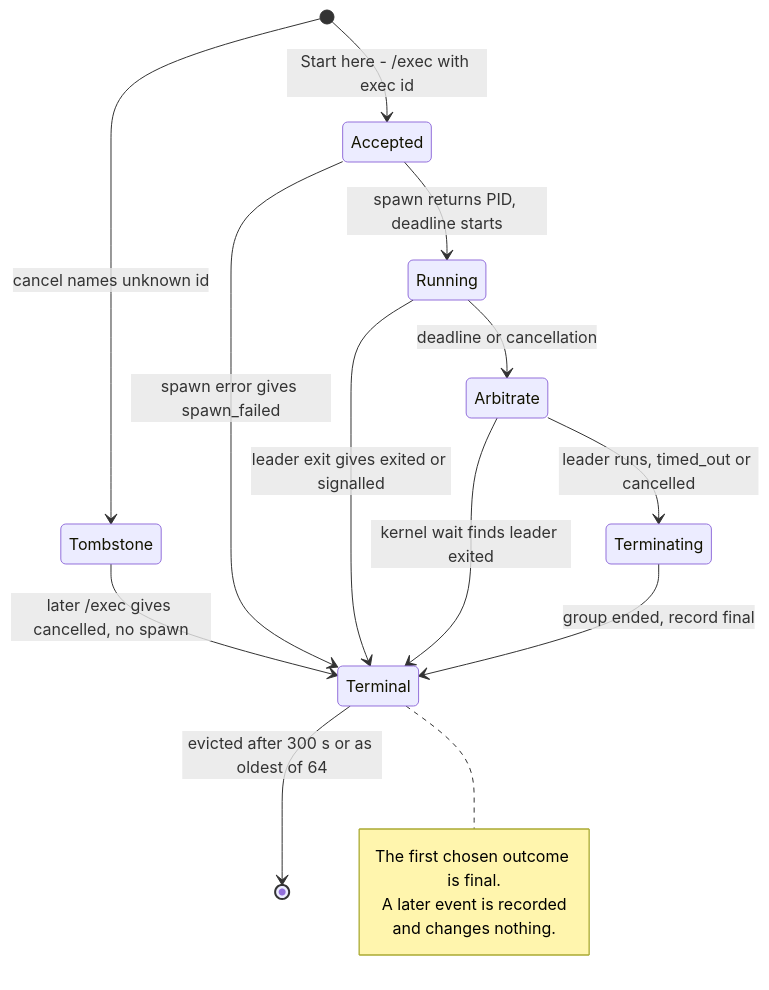
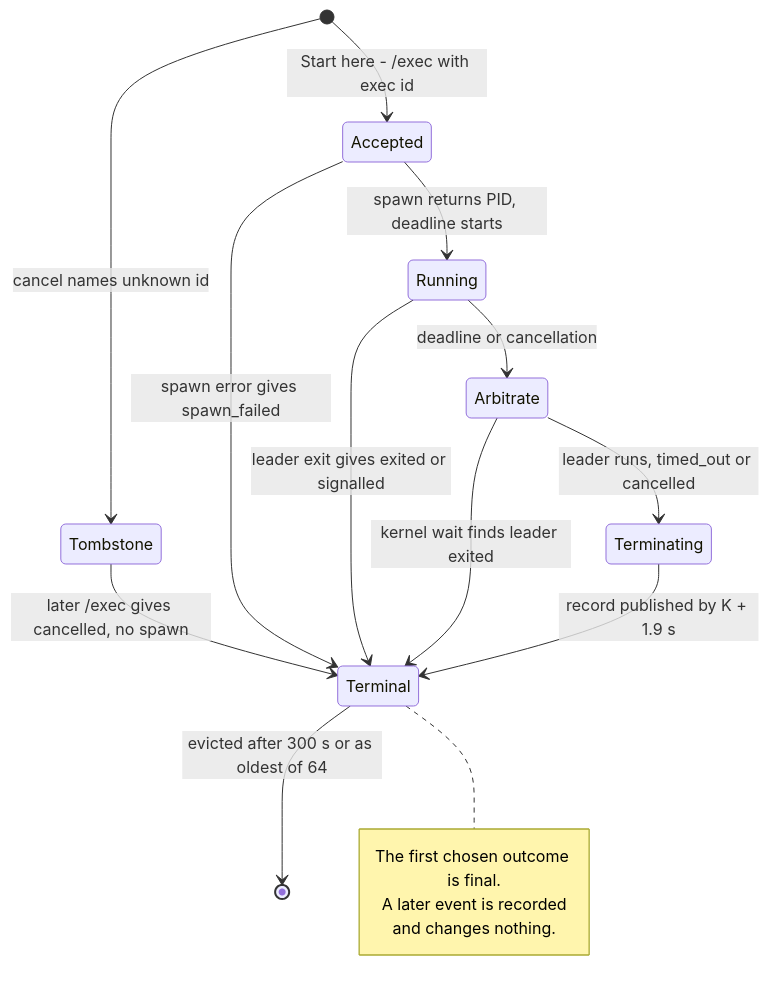
One commit to Linkuistics/TestAnyware changed the diagram in docs/design/guest-command-lifecycle/lifecycle.mmd. Above: the diagram before and after it, drawn with Mermaid. The commit also changed 10 other files, not shown here.

```diff
--- a/docs/design/guest-command-lifecycle/lifecycle.mmd
+++ b/docs/design/guest-command-lifecycle/lifecycle.mmd
@@ -1,19 +1,19 @@
 stateDiagram-v2
   direction TB
   [*] --> Accepted: Start here - /exec with exec id
   [*] --> Tombstone: cancel names unknown id
   Tombstone --> Terminal: later /exec gives cancelled, no spawn
   Accepted --> Terminal: spawn error gives spawn_failed
   Accepted --> Running: spawn returns PID, deadline starts
   Running --> Terminal: leader exit gives exited or signalled
   Running --> Arbitrate: deadline or cancellation
   state Arbitrate <<choice>>
   Arbitrate --> Terminal: kernel wait finds leader exited
   Arbitrate --> Terminating: leader runs, timed_out or cancelled
-  Terminating --> Terminal: group ended, record final
+  Terminating --> Terminal: record published by K + 1.9 s
   Terminal --> [*]: evicted after 300 s or as oldest of 64
   note right of Terminal
     The first chosen outcome is final.
     A later event is recorded
     and changes nothing.
   end note
```
